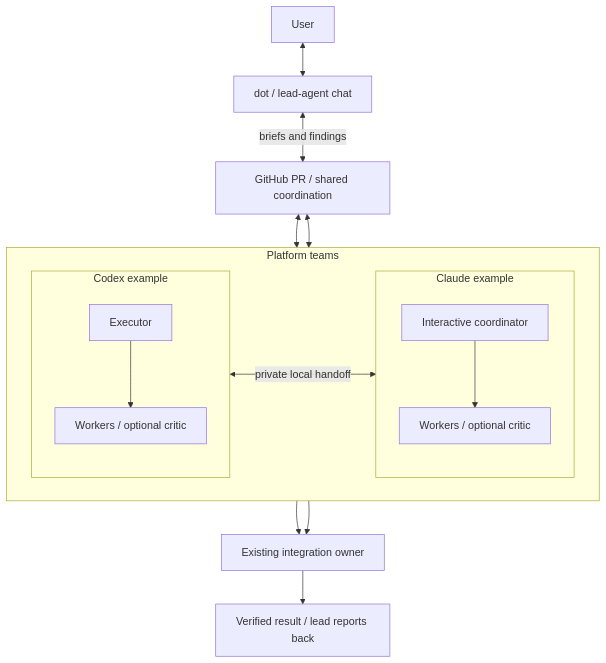
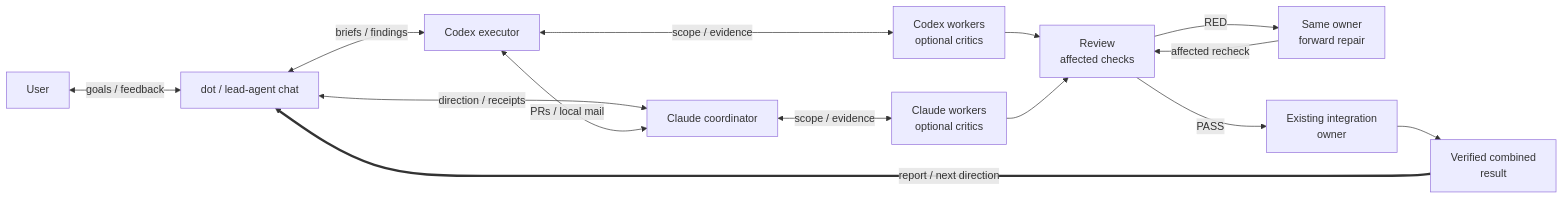
One commit to deciduus/cross-harness-agent-mail changed the diagram in README.md. Above: the diagram before and after it, drawn with Mermaid. The commit also changed other lines of this file and 2 other files, not shown here.

Commit message:
Restore the coordination feedback and repair loops

````diff
--- a/README.md
+++ b/README.md
@@ -36,22 +39,16 @@
 ```mermaid
-flowchart TB
-  U[User] <--> L[dot / lead-agent chat]
-  L <-->|briefs and findings| P[GitHub PR / shared coordination]
-  subgraph T[Platform teams]
-    direction LR
-    subgraph X[Codex example]
-      direction TB
-      E[Executor] --> A[Workers / optional critic]
-    end
-    subgraph Y[Claude example]
-      direction TB
-      C[Interactive coordinator] --> B[Workers / optional critic]
-    end
-    E <-->|private local handoff| C
-  end
-  P <--> E
-  P <--> C
-  A --> I[Existing integration owner]
-  B --> I
-  I --> V[Verified result / lead reports back]
+flowchart LR
+  U[User] <-->|goals / feedback| L[dot / lead-agent chat]
+  L <-->|briefs / findings| E[Codex executor]
+  L <-->|direction / receipts| C[Claude coordinator]
+  E <-->|PRs / local mail| C
+  E <-->|scope / evidence| A["Codex workers<br/>optional critics"]
+  C <-->|scope / evidence| B["Claude workers<br/>optional critics"]
+  A --> R["Review<br/>affected checks"]
+  B --> R
+  R -->|RED| F["Same owner<br/>forward repair"]
+  F -->|affected recheck| R
+  R -->|PASS| I["Existing integration<br/>owner"]
+  I --> V["Verified combined<br/>result"]
+  V ==>|report / next direction| L
 ```
````
